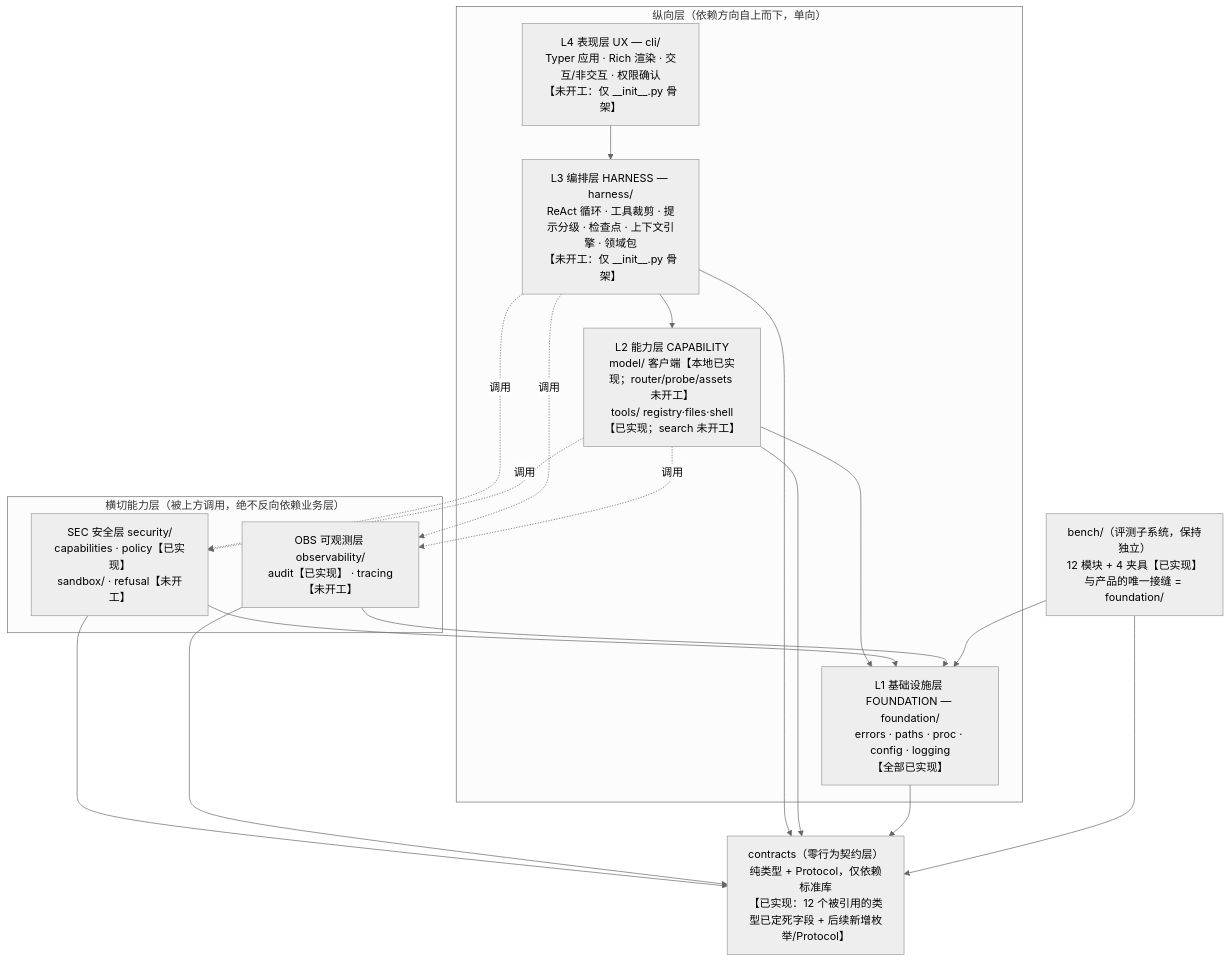
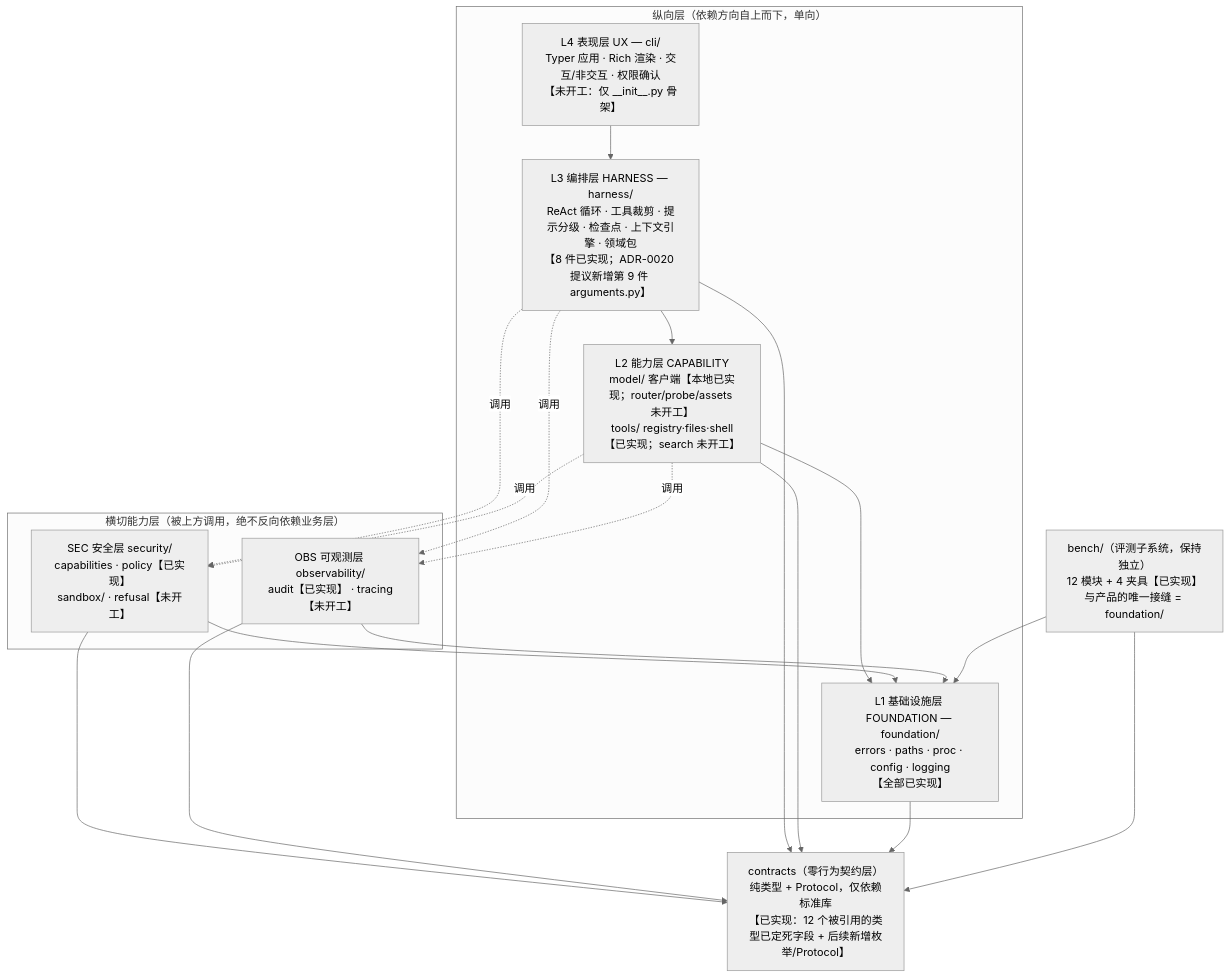
Before and after one commit to sukinoelsuki/software_engineering: the first of 4 diagrams in docs/design/architecture.md, drawn with Mermaid (neutral theme). The commit also changed other lines of this file and 6 other files, not shown here.

First line of the commit message:
docs(adr): 新增 ADR-0020（校验器选型：手写 JSON-Schema 子集）并裁决 T6

````diff
--- a/docs/design/architecture.md
+++ b/docs/design/architecture.md
@@ -55,34 +56,34 @@
 ```mermaid
 flowchart TD
     subgraph V["纵向层（依赖方向自上而下，单向）"]
         UX["L4 表现层 UX — cli/<br/>Typer 应用 · Rich 渲染 · 交互/非交互 · 权限确认<br/>【未开工：仅 __init__.py 骨架】"]
-        HARNESS["L3 编排层 HARNESS — harness/<br/>ReAct 循环 · 工具裁剪 · 提示分级 · 检查点 · 上下文引擎 · 领域包<br/>【未开工：仅 __init__.py 骨架】"]
+        HARNESS["L3 编排层 HARNESS — harness/<br/>ReAct 循环 · 工具裁剪 · 提示分级 · 检查点 · 上下文引擎 · 领域包<br/>【8 件已实现；ADR-0020 提议新增第 9 件 arguments.py】"]
         CAP["L2 能力层 CAPABILITY<br/>model/ 客户端【本地已实现；router/probe/assets 未开工】<br/>tools/ registry·files·shell【已实现；search 未开工】"]
         FND["L1 基础设施层 FOUNDATION — foundation/<br/>errors · paths · proc · config · logging<br/>【全部已实现】"]
     end
 
     subgraph X["横切能力层（被上方调用，绝不反向依赖业务层）"]
         SEC["SEC 安全层 security/<br/>capabilities · policy【已实现】<br/>sandbox/ · refusal【未开工】"]
         OBS["OBS 可观测层 observability/<br/>audit【已实现】 · tracing【未开工】"]
     end
 
     CTR["contracts（零行为契约层）<br/>纯类型 + Protocol，仅依赖标准库<br/>【已实现：12 个被引用的类型已定死字段 + 后续新增枚举/Protocol】"]
     BENCH["bench/（评测子系统，保持独立）<br/>12 模块 + 4 夹具【已实现】<br/>与产品的唯一接缝 = foundation/"]
 
     UX --> HARNESS
     HARNESS --> CAP
     CAP --> FND
     HARNESS -. 调用 .-> SEC
     HARNESS -. 调用 .-> OBS
     CAP -. 调用 .-> SEC
     CAP -. 调用 .-> OBS
     SEC --> FND
     OBS --> FND
     SEC --> CTR
     OBS --> CTR
     HARNESS --> CTR
     CAP --> CTR
     FND --> CTR
     BENCH --> FND
     BENCH --> CTR
 ```
````
